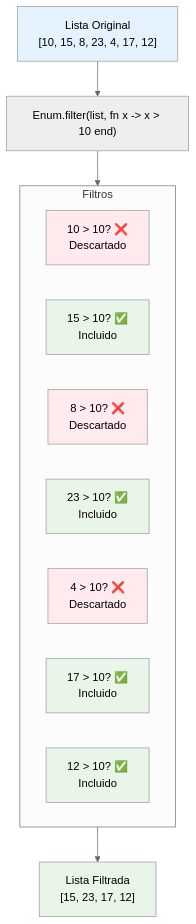
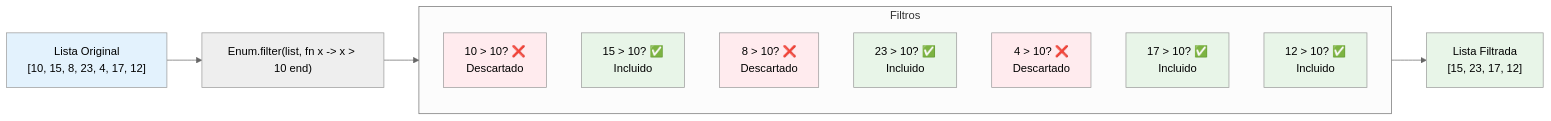
Before and after one commit to caflorezvi/guias-programacion3: the second of 3 diagrams in docs/5.colecciones.md, drawn with Mermaid (neutral theme). The commit also changed other lines of this file, not shown here.

Commit message:
Ajustes en las gráficas

```diff
--- a/docs/5.colecciones.md
+++ b/docs/5.colecciones.md
@@ -242,32 +242,32 @@
 <div class="mermaid" style="text-align: center;">
-flowchart TD
+flowchart LR
     Input["Lista Original<br/>[10, 15, 8, 23, 4, 17, 12]"]
 
     Code["Enum.filter(list, fn x -> x > 10 end)"]
     
     subgraph Filter["Filtros"]
         C1["10 > 10? ❌<br/>Descartado"]
         C2["15 > 10? ✅<br/>Incluido"]
         C3["8 > 10? ❌<br/>Descartado"]
         C4["23 > 10? ✅<br/>Incluido"] 
         C5["4 > 10? ❌<br/>Descartado"]
         C6["17 > 10? ✅<br/>Incluido"]
         C7["12 > 10? ✅<br/>Incluido"]
     end
     
     Output["Lista Filtrada<br/>[15, 23, 17, 12]"]
     
     Input --> Code
     Code --> Filter
     Filter --> Output
     
     style Input fill:#e3f2fd
     style Output fill:#e8f5e8
     style C1 fill:#ffebee
     style C2 fill:#e8f5e8
     style C3 fill:#ffebee
     style C4 fill:#e8f5e8
     style C5 fill:#ffebee
     style C6 fill:#e8f5e8
     style C7 fill:#e8f5e8
 </div>
```
